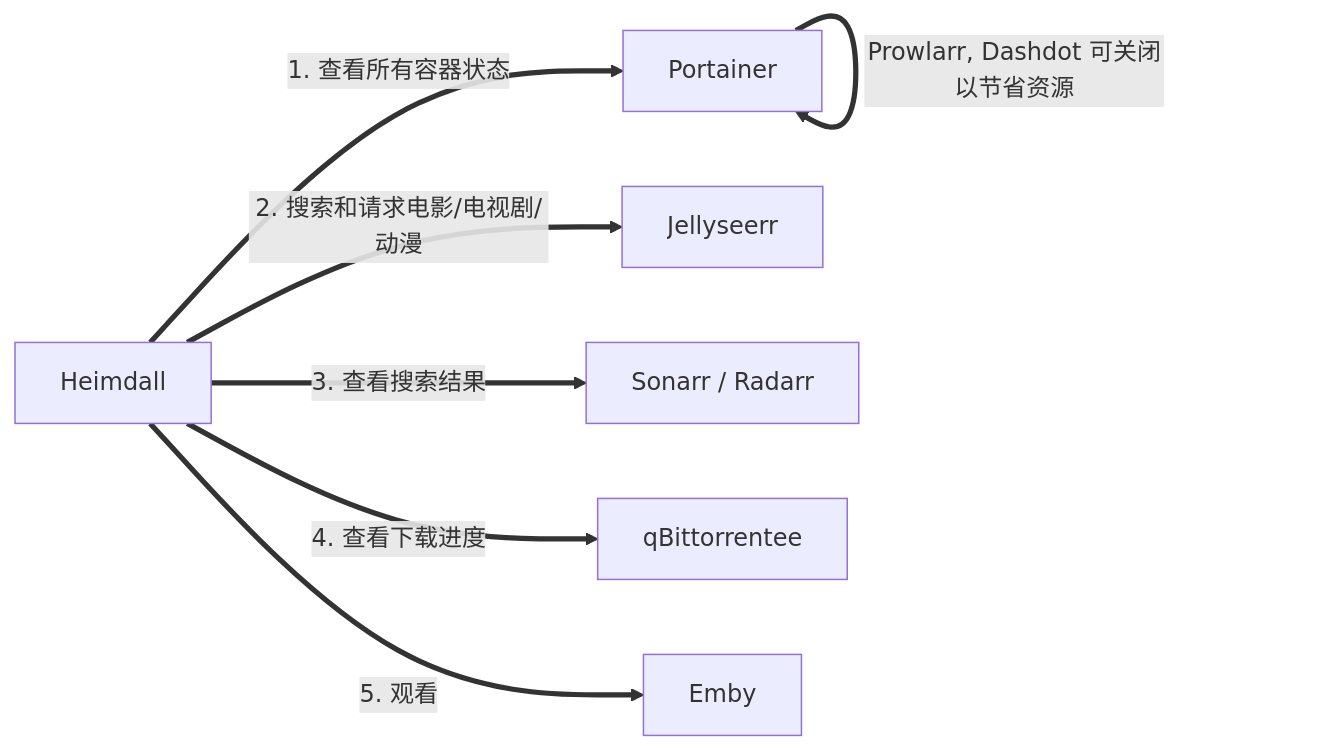
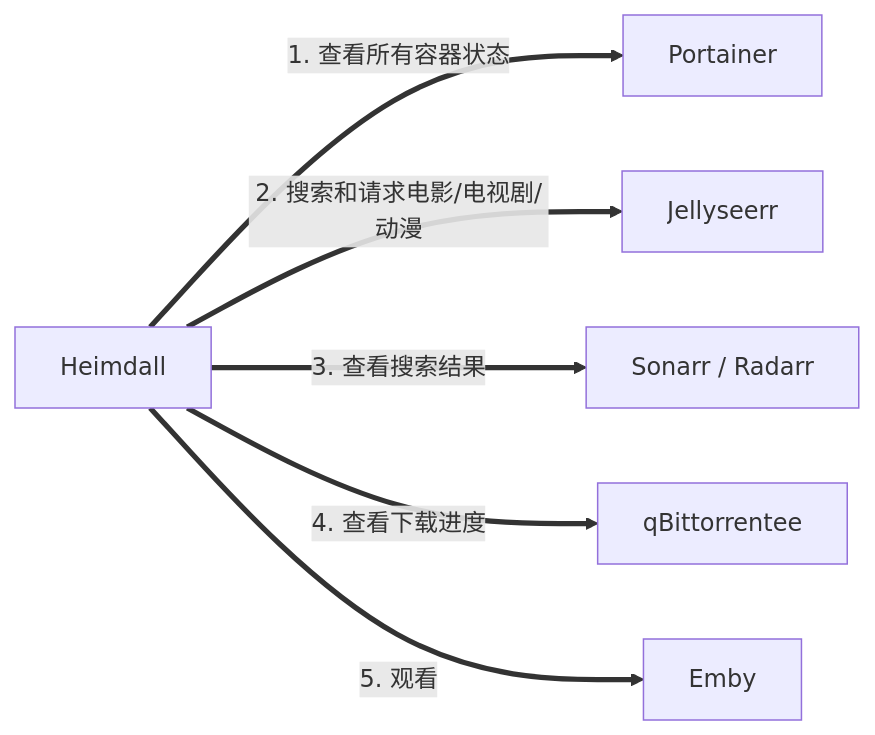
One commit to LuckyPuppy514/automatic-theater changed the second of 2 diagrams in README.md. Above: the diagram before and after it, drawn with Mermaid. The commit also changed other lines of this file and 43 other files, not shown here.

````diff
--- a/README.md
+++ b/README.md
@@ -233,8 +237,8 @@
 ```mermaid
 graph LR
-    1[Heimdall] == 1. 查看所有容器状态 ==> 2[Portainer] == Prowlarr, Dashdot 可关闭以节省资源 ==> 2[Portainer]
+    1[Heimdall] == 1. 查看所有容器状态 ==> 2[Portainer]
     1[Heimdall] == 2. 搜索和请求电影/电视剧/动漫 ==> 3[Jellyseerr]
     1[Heimdall] == 3. 查看搜索结果 ==> 4[Sonarr / Radarr]
     1[Heimdall] == 4. 查看下载进度 ==> 5[qBittorrentee]
     1[Heimdall] == 5. 观看 ==> 6[Emby]
 ```
````
